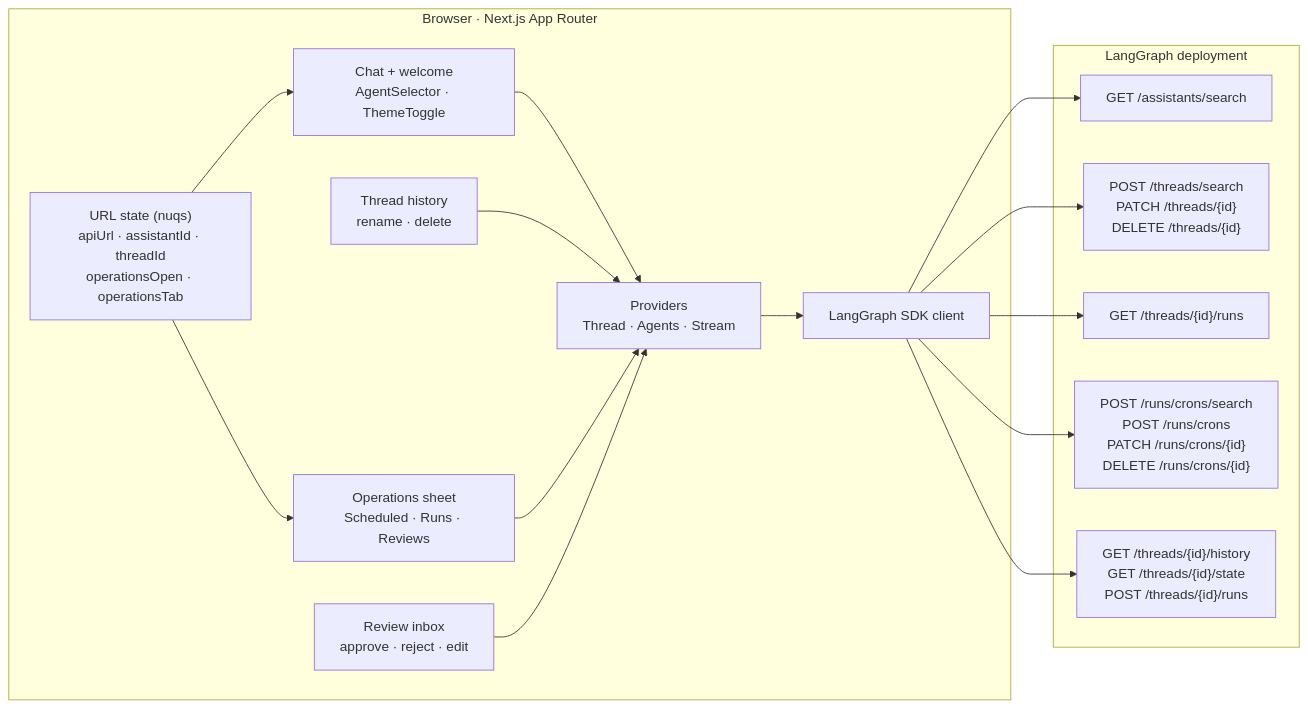
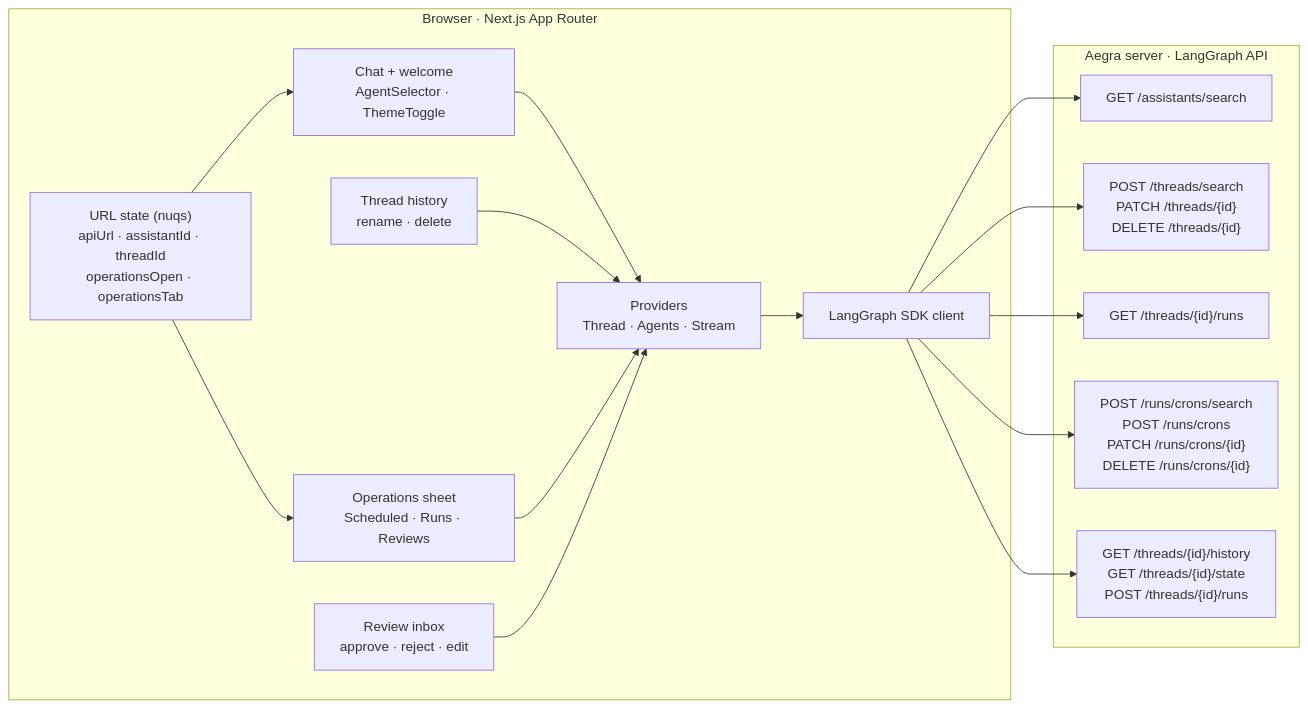
Before and after one commit to CatalaniCD/agent-workspace-ui: the diagram in docs/diagrams/architecture.mmd, drawn with Mermaid. The commit also changed 4 other files, not shown here.

```diff
--- a/docs/diagrams/architecture.mmd
+++ b/docs/diagrams/architecture.mmd
@@ -1,31 +1,31 @@
 flowchart LR
   subgraph Browser["Browser · Next.js App Router"]
     UI["Chat + welcome<br/>AgentSelector · ThemeToggle"]
     History["Thread history<br/>rename · delete"]
     Ops["Operations sheet<br/>Scheduled · Runs · Reviews"]
     Inbox["Review inbox<br/>approve · reject · edit"]
     State["URL state (nuqs)<br/>apiUrl · assistantId · threadId<br/>operationsOpen · operationsTab"]
     Providers["Providers<br/>Thread · Agents · Stream"]
     SDK["LangGraph SDK client"]
   end
 
-  subgraph Server["LangGraph deployment"]
+  subgraph Server["Aegra server · LangGraph API"]
     Assistants["GET /assistants/search"]
     Threads["POST /threads/search<br/>PATCH /threads/{id}<br/>DELETE /threads/{id}"]
     Runs["GET /threads/{id}/runs"]
     Crons["POST /runs/crons/search<br/>POST /runs/crons<br/>PATCH /runs/crons/{id}<br/>DELETE /runs/crons/{id}"]
     Stream["GET /threads/{id}/history<br/>GET /threads/{id}/state<br/>POST /threads/{id}/runs"]
   end
 
   UI --> Providers
   History --> Providers
   Ops --> Providers
   Inbox --> Providers
   State --> UI
   State --> Ops
   Providers --> SDK
   SDK --> Assistants
   SDK --> Threads
   SDK --> Runs
   SDK --> Crons
   SDK --> Stream
```
